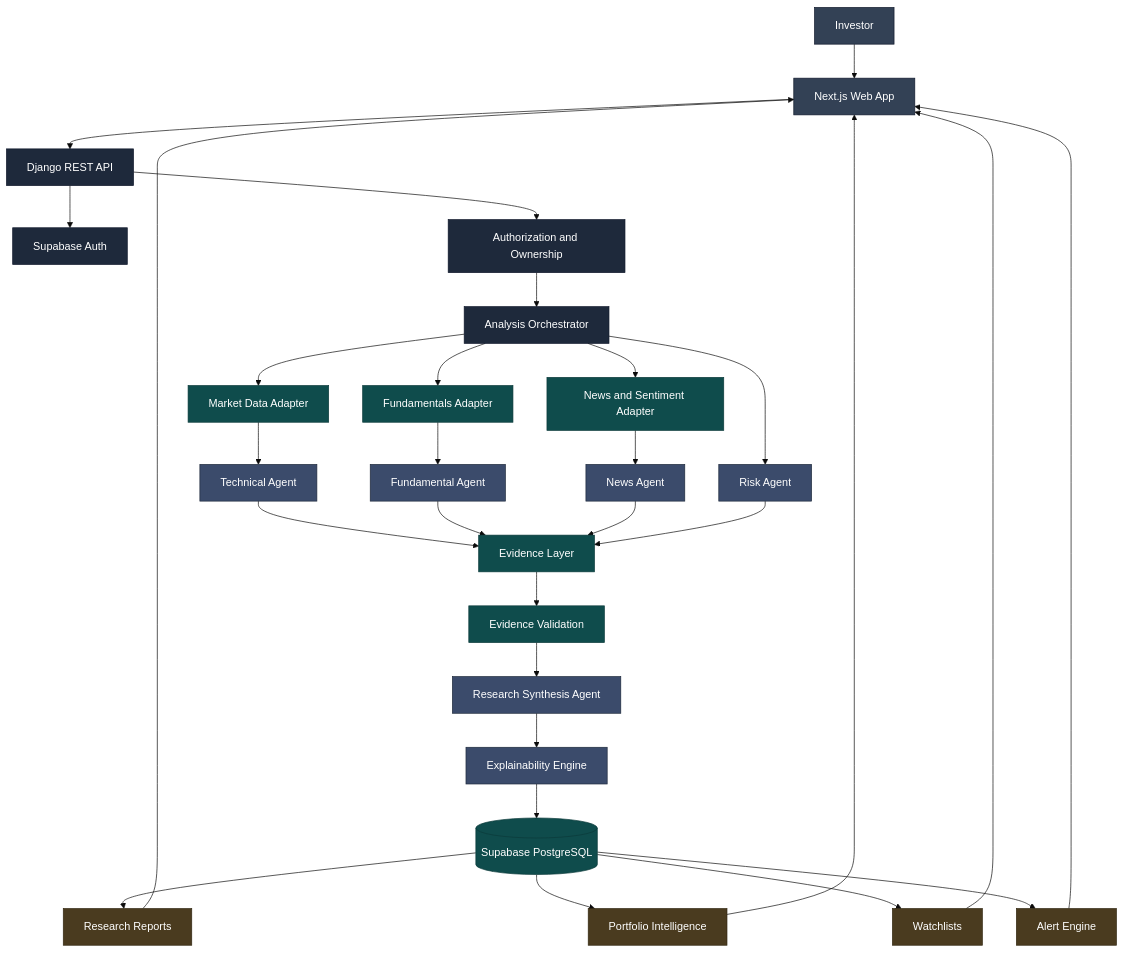
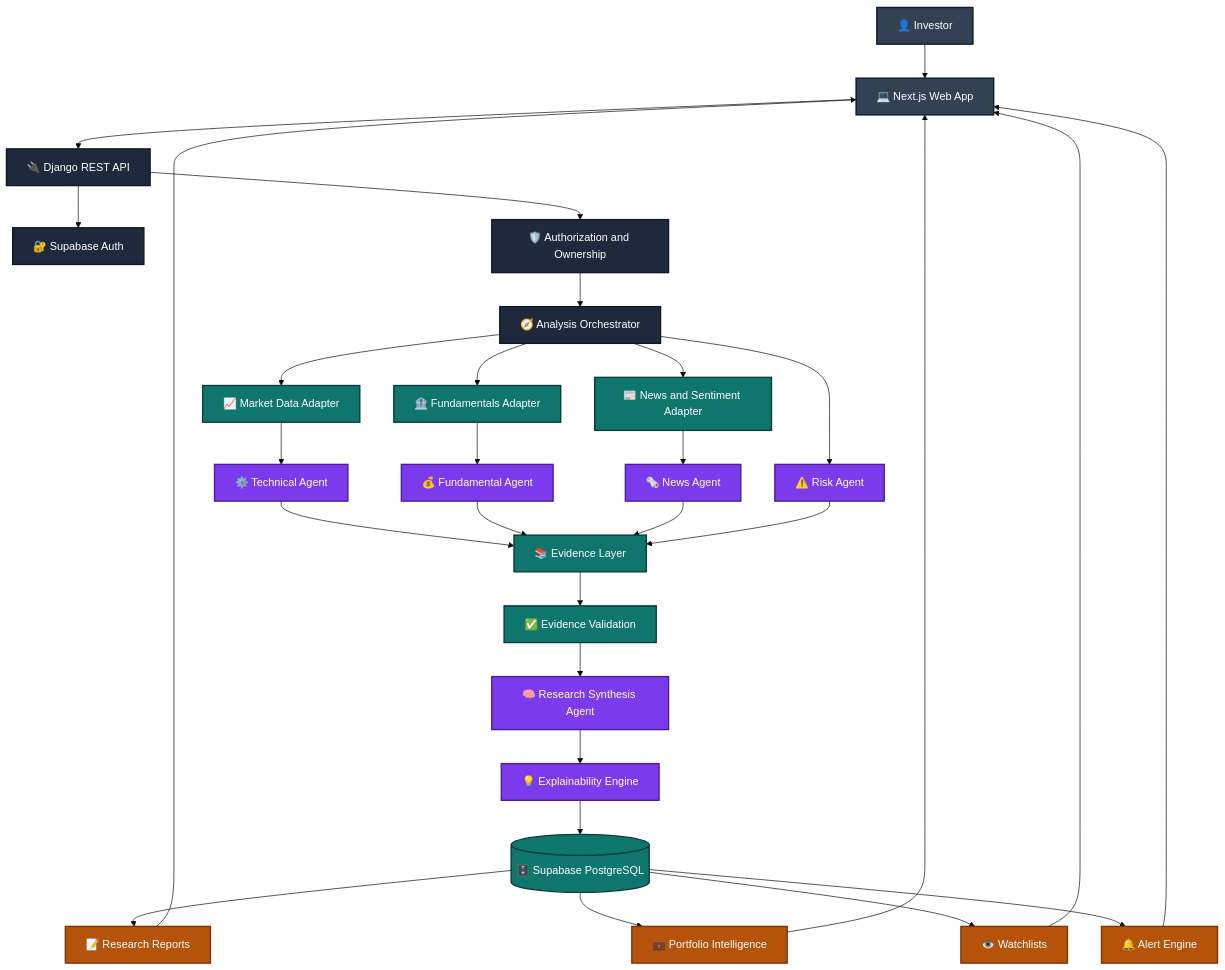
One commit to bbhavya34/StockLens changed the third of 7 diagrams in README.md. Above: the diagram before and after it, drawn with Mermaid (base theme). The commit also changed other lines of this file, not shown here.

````diff
--- a/README.md
+++ b/README.md
@@ -127,51 +153,51 @@
 ```mermaid
 flowchart TB
-    U[Investor] --> FE[Next.js Web App]
-    FE --> API[Django REST API]
+    U[👤 Investor] --> FE[💻 Next.js Web App]
+    FE --> API[🔌 Django REST API]
 
-    API --> AUTH[Supabase Auth]
-    API --> ACL[Authorization and Ownership]
+    API --> AUTH[🔐 Supabase Auth]
+    API --> ACL[🛡️ Authorization and Ownership]
 
-    ACL --> ORCH[Analysis Orchestrator]
+    ACL --> ORCH[🧭 Analysis Orchestrator]
 
-    ORCH --> MD[Market Data Adapter]
-    ORCH --> FUND[Fundamentals Adapter]
-    ORCH --> NEWS[News and Sentiment Adapter]
+    ORCH --> MD[📈 Market Data Adapter]
+    ORCH --> FUND[🏦 Fundamentals Adapter]
+    ORCH --> NEWS[📰 News and Sentiment Adapter]
 
-    MD --> TECH[Technical Agent]
-    FUND --> FA[Fundamental Agent]
-    NEWS --> NA[News Agent]
-    ORCH --> RISK[Risk Agent]
+    MD --> TECH[⚙️ Technical Agent]
+    FUND --> FA[💰 Fundamental Agent]
+    NEWS --> NA[🗞️ News Agent]
+    ORCH --> RISK[⚠️ Risk Agent]
 
-    TECH --> EVIDENCE[Evidence Layer]
+    TECH --> EVIDENCE[📚 Evidence Layer]
     FA --> EVIDENCE
     NA --> EVIDENCE
     RISK --> EVIDENCE
 
-    EVIDENCE --> VALIDATE[Evidence Validation]
-    VALIDATE --> SYNTH[Research Synthesis Agent]
-    SYNTH --> EXPLAIN[Explainability Engine]
-    EXPLAIN --> DB[(Supabase PostgreSQL)]
+    EVIDENCE --> VALIDATE[✅ Evidence Validation]
+    VALIDATE --> SYNTH[🧠 Research Synthesis Agent]
+    SYNTH --> EXPLAIN[💡 Explainability Engine]
+    EXPLAIN --> DB[(🗄️ Supabase PostgreSQL)]
 
-    DB --> REPORTS[Research Reports]
-    DB --> PORTFOLIO[Portfolio Intelligence]
-    DB --> WATCHLIST[Watchlists]
-    DB --> ALERTS[Alert Engine]
+    DB --> REPORTS[📝 Research Reports]
+    DB --> PORTFOLIO[💼 Portfolio Intelligence]
+    DB --> WATCHLIST[👁️ Watchlists]
+    DB --> ALERTS[🔔 Alert Engine]
 
     REPORTS --> FE
     PORTFOLIO --> FE
     WATCHLIST --> FE
     ALERTS --> FE
 
-    classDef entry fill:#334155,stroke:#0F172A,color:#fff,stroke-width:1px
-    classDef core fill:#1E293B,stroke:#0F172A,color:#fff,stroke-width:1px
-    classDef agent fill:#3B4B6B,stroke:#1E293B,color:#fff,stroke-width:1px
-    classDef data fill:#0F4C4C,stroke:#0B3A3A,color:#fff,stroke-width:1px
-    classDef out fill:#4A3B1F,stroke:#332812,color:#fff,stroke-width:1px
+    classDef entry fill:#334155,stroke:#0F172A,color:#fff,stroke-width:2px
+    classDef core fill:#1E293B,stroke:#0F172A,color:#fff,stroke-width:2px
+    classDef agent fill:#7C3AED,stroke:#4C1D95,color:#fff,stroke-width:2px
+    classDef data fill:#0F766E,stroke:#0B3A3A,color:#fff,stroke-width:2px
+    classDef out fill:#B45309,stroke:#78350F,color:#fff,stroke-width:2px
 
     class U,FE entry
     class API,AUTH,ACL,ORCH core
     class TECH,FA,NA,RISK,SYNTH,EXPLAIN agent
     class MD,FUND,NEWS,EVIDENCE,VALIDATE,DB data
     class REPORTS,PORTFOLIO,WATCHLIST,ALERTS out
 ```
````
